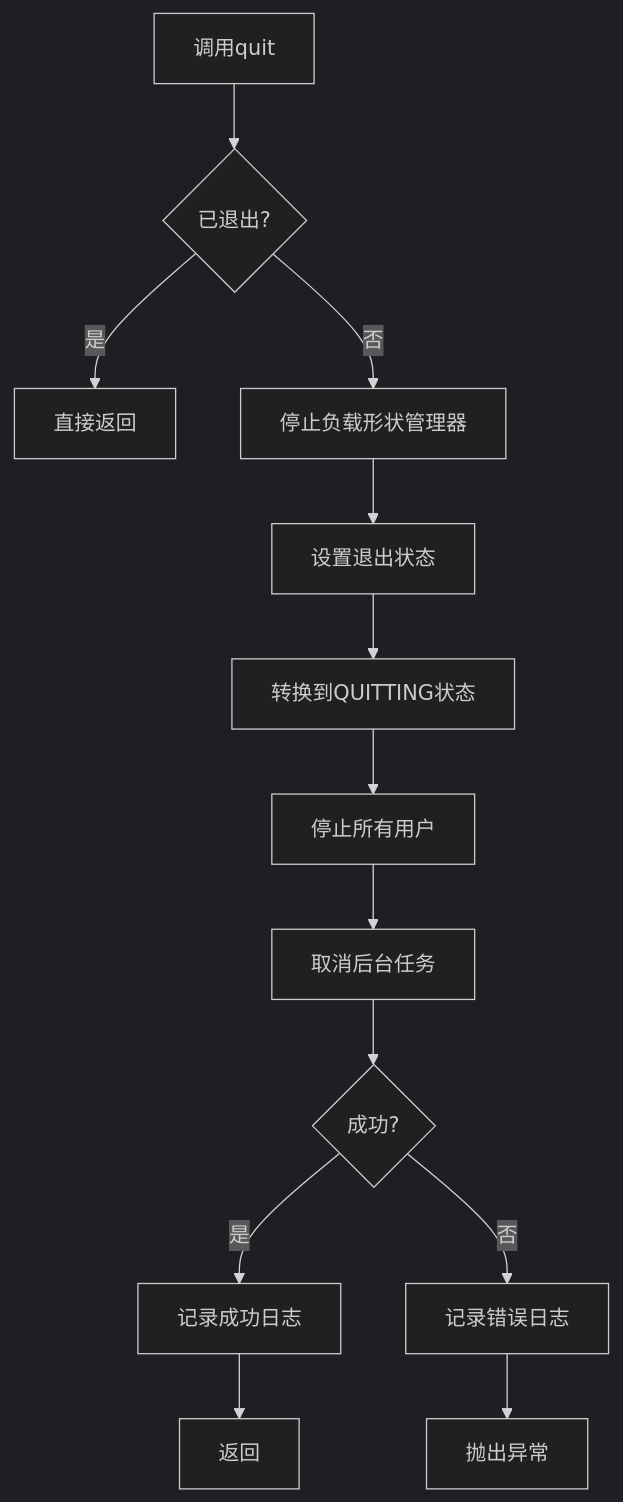
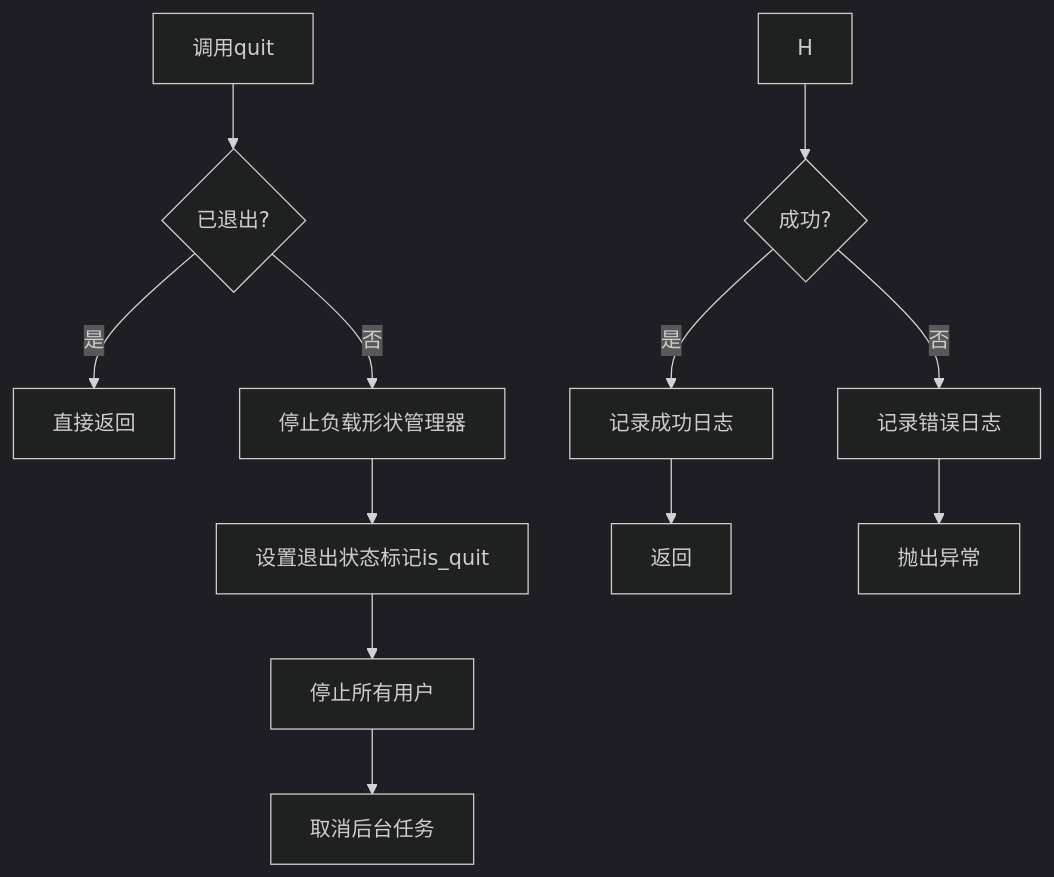
One commit to hewei198711/Aiotest changed the third of 3 diagrams in docs/RUNNER_FACTORY_MODULE_DOC.md. Above: the diagram before and after it, drawn with Mermaid (dark theme). The commit also changed other lines of this file and 43 other files, not shown here.

````diff
--- a/docs/RUNNER_FACTORY_MODULE_DOC.md
+++ b/docs/RUNNER_FACTORY_MODULE_DOC.md
@@ -291,15 +290,14 @@
 ```mermaid
 flowchart TD
     A[调用quit] --> B{已退出?}
     B -->|是| C[直接返回]
     B -->|否| D[停止负载形状管理器]
-    D --> E[设置退出状态]
-    E --> F[转换到QUITTING状态]
-    F --> G[停止所有用户]
-    G --> H[取消后台任务]
+    D --> E[设置退出状态标记is_quit]
+    E --> F[停止所有用户]
+    F --> G[取消后台任务]
     H --> I{成功?}
     I -->|是| J[记录成功日志]
     I -->|否| K[记录错误日志]
     J --> L[返回]
     K --> M[抛出异常]
 ```
````
